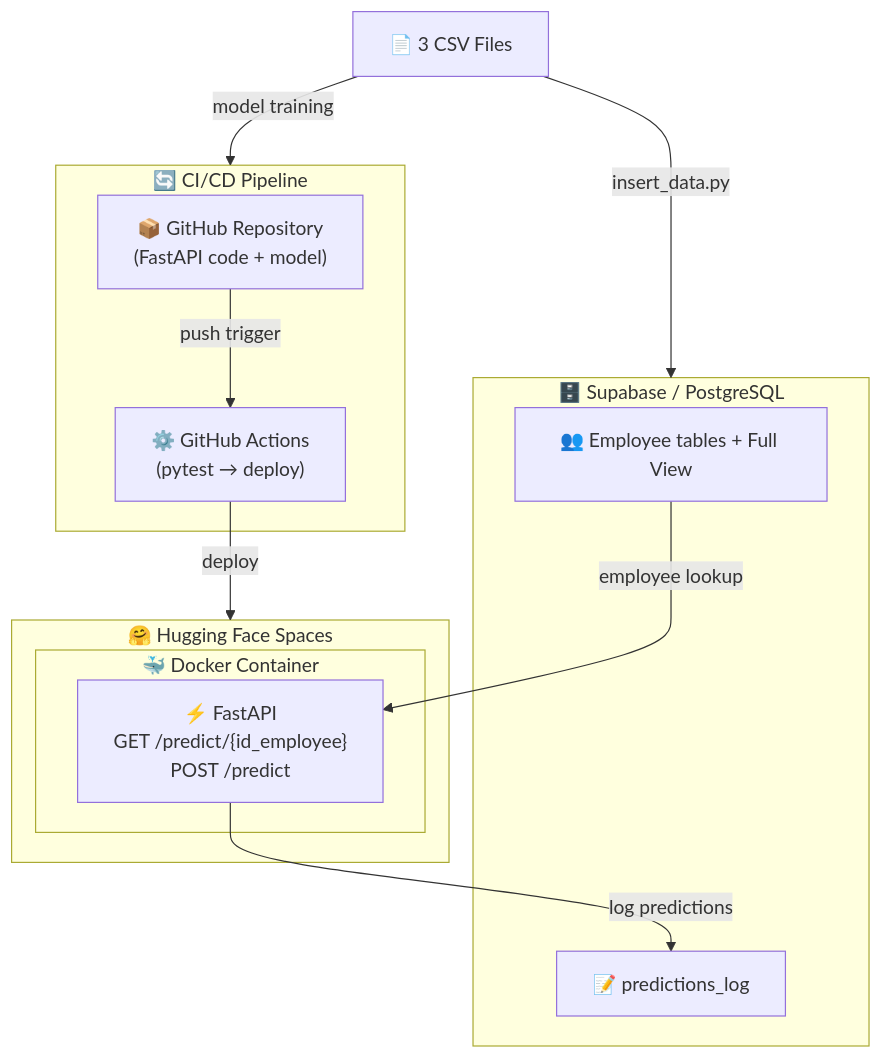
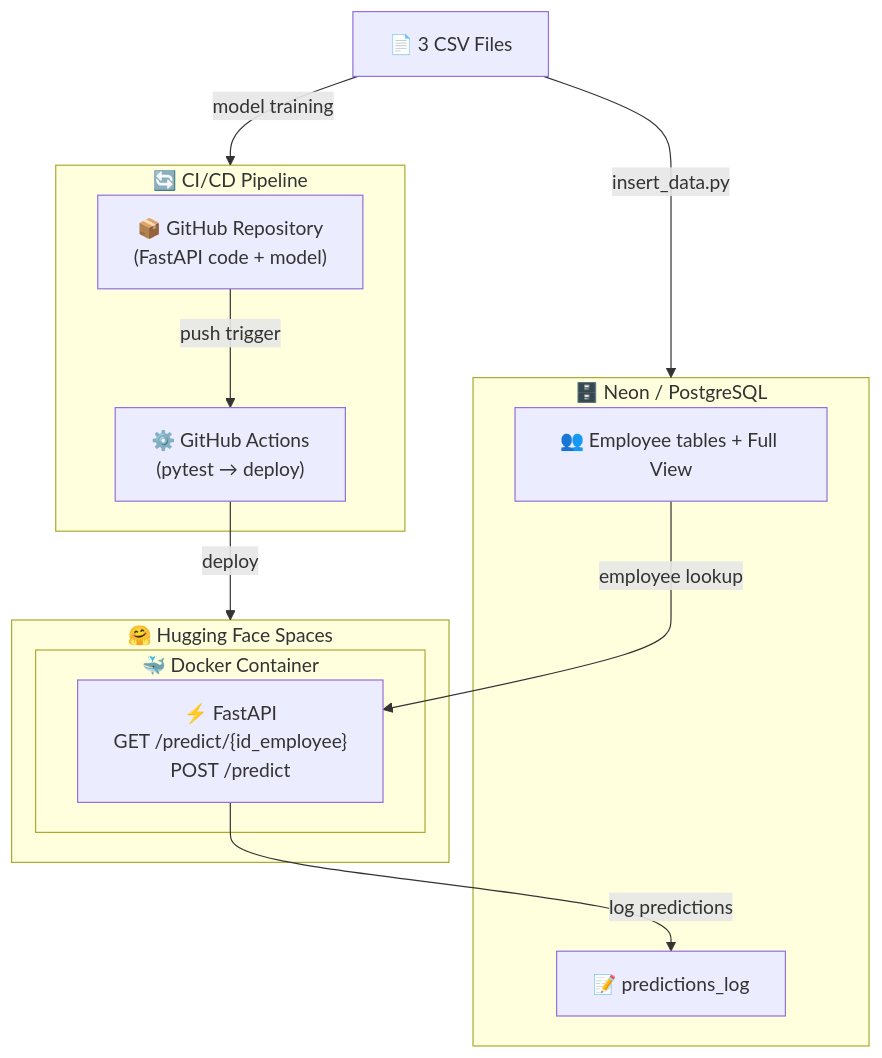
The diagram in README.md (KL38/OC_P5_v2), drawn with Mermaid before and after one commit. The commit also changed other lines of this file and 1 other file, not shown here.

````diff
--- a/README.md
+++ b/README.md
@@ -89,27 +118,27 @@
 ```mermaid
 flowchart TD
     CSV["📄 3 CSV Files"]
 
-    subgraph DB["🗄️ Supabase / PostgreSQL"]
+    subgraph DB["🗄️ Neon / PostgreSQL"]
         EMP["👥 Employee tables + Full View"]
         LOG["📝 predictions_log"]
     end
 
     subgraph CICD["🔄 CI/CD Pipeline"]
         GH["📦 GitHub Repository<br/>(FastAPI code + model)"]
         ACTIONS["⚙️ GitHub Actions<br/>(pytest → deploy)"]
         GH -->|push trigger| ACTIONS
     end
 
     subgraph HF["🤗 Hugging Face Spaces"]
         subgraph DOCKER["🐳 Docker Container"]
             API["⚡ FastAPI<br/>GET /predict/{id_employee}<br/>POST /predict"]
         end
     end
 
     CSV -->|insert_data.py| DB
     CSV -->|model training| CICD
     ACTIONS -->|deploy| HF
     EMP -->|employee lookup| API
     API -->|log predictions| LOG
 ```
````
